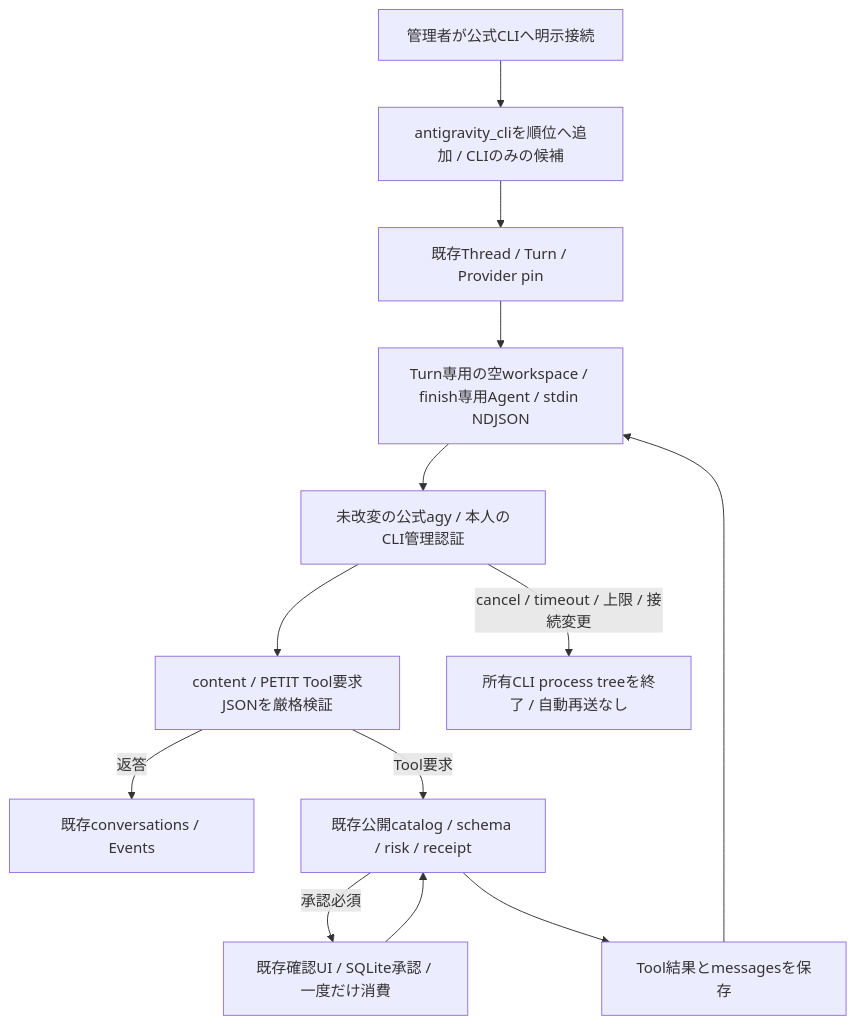
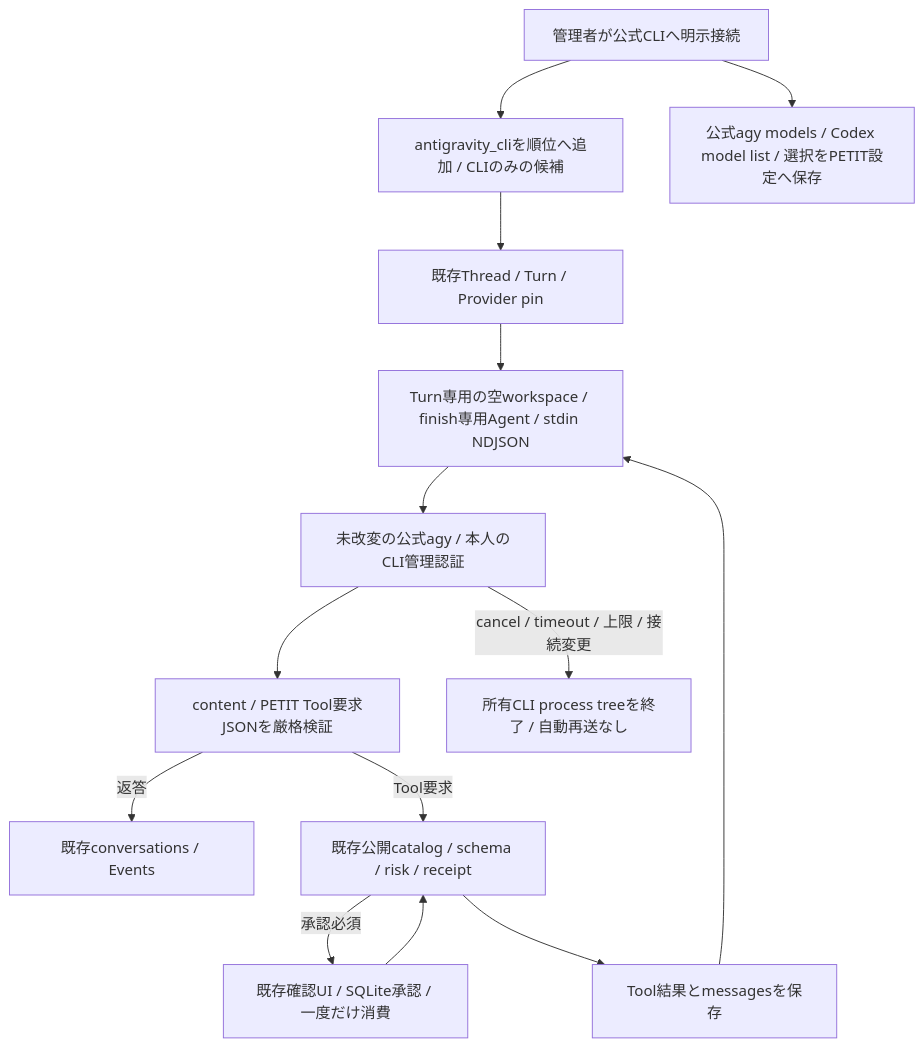
The first of 34 diagrams in docs/runtime-flows.md (Soso2e/PETIT), drawn with Mermaid before and after one commit. The commit also changed 8 other files, not shown here.

````diff
--- a/docs/runtime-flows.md
+++ b/docs/runtime-flows.md
@@ -7,15 +7,16 @@
 ```mermaid
 flowchart TD
     Settings[管理者が公式CLIへ明示接続] --> Priority[antigravity_cliを順位へ追加 / CLIのみの候補]
+    Settings --> Models[公式agy models / Codex model list / 選択をPETIT設定へ保存]
     Priority --> Turn[既存Thread / Turn / Provider pin]
     Turn --> Step[Turn専用の空workspace / finish専用Agent / stdin NDJSON]
     Step --> Official[未改変の公式agy / 本人のCLI管理認証]
     Official --> JSON[content / PETIT Tool要求JSONを厳格検証]
     JSON -->|返答| Save[既存conversations / Events]
     JSON -->|Tool要求| Core[既存公開catalog / schema / risk / receipt]
     Core -->|承認必須| Approval[既存確認UI / SQLite承認 / 一度だけ消費]
     Approval --> Core
     Core --> Result[Tool結果とmessagesを保存]
     Result --> Step
     Official -->|cancel / timeout / 上限 / 接続変更| Stop[所有CLI process treeを終了 / 自動再送なし]
 ```
````
